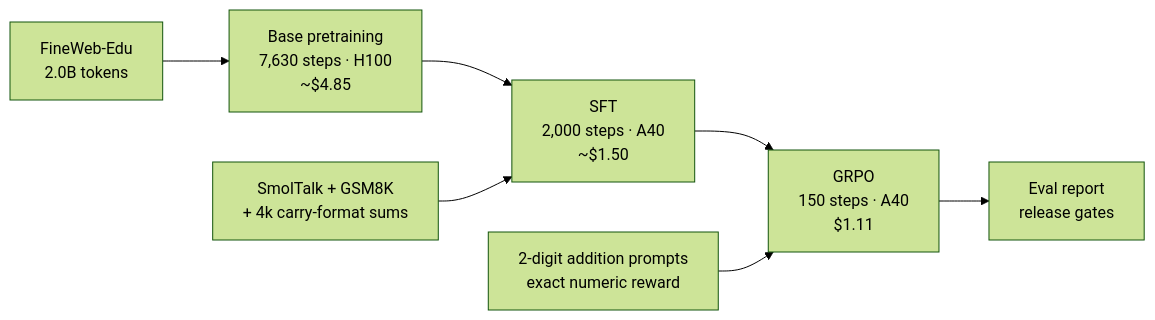
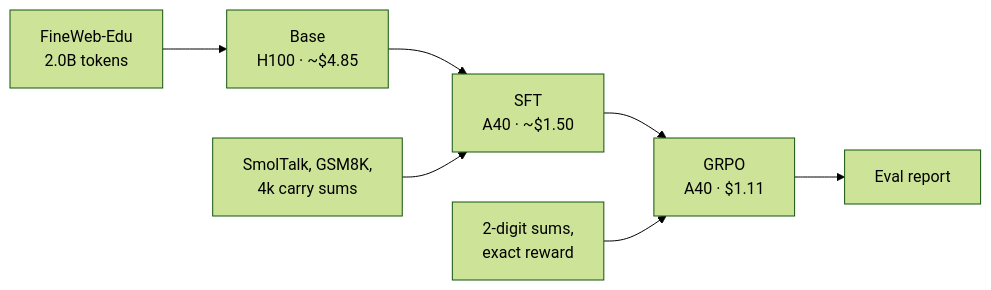
Before and after one commit to cameronervin/nanogpt: the diagram in docs/results.md, drawn with Mermaid (forest theme). The commit also changed other lines of this file, not shown here.

Commit message:
results.md: simpler pipeline diagram, pilot numbers in prose

````diff
--- a/docs/results.md
+++ b/docs/results.md
@@ -29,9 +29,9 @@
 ```mermaid
 flowchart LR
-    D["FineWeb-Edu<br/>2.0B tokens"] --> B["Base pretraining<br/>7,630 steps · H100<br/>~$4.85"]
-    B --> S["SFT<br/>2,000 steps · A40<br/>~$1.50"]
-    C["SmolTalk + GSM8K<br/>+ 4k carry-format sums"] --> S
-    S --> G["GRPO<br/>150 steps · A40<br/>$1.11"]
-    P["2-digit addition prompts<br/>exact numeric reward"] --> G
-    G --> E["Eval report<br/>release gates"]
+    D["FineWeb-Edu<br/>2.0B tokens"] --> B["Base<br/>H100 · ~$4.85"]
+    B --> S["SFT<br/>A40 · ~$1.50"]
+    C["SmolTalk, GSM8K,<br/>4k carry sums"] --> S
+    S --> G["GRPO<br/>A40 · $1.11"]
+    P["2-digit sums,<br/>exact reward"] --> G
+    G --> E["Eval report"]
 ```
````
